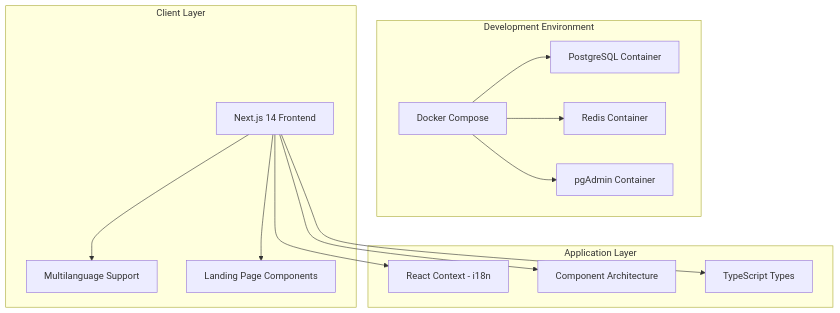
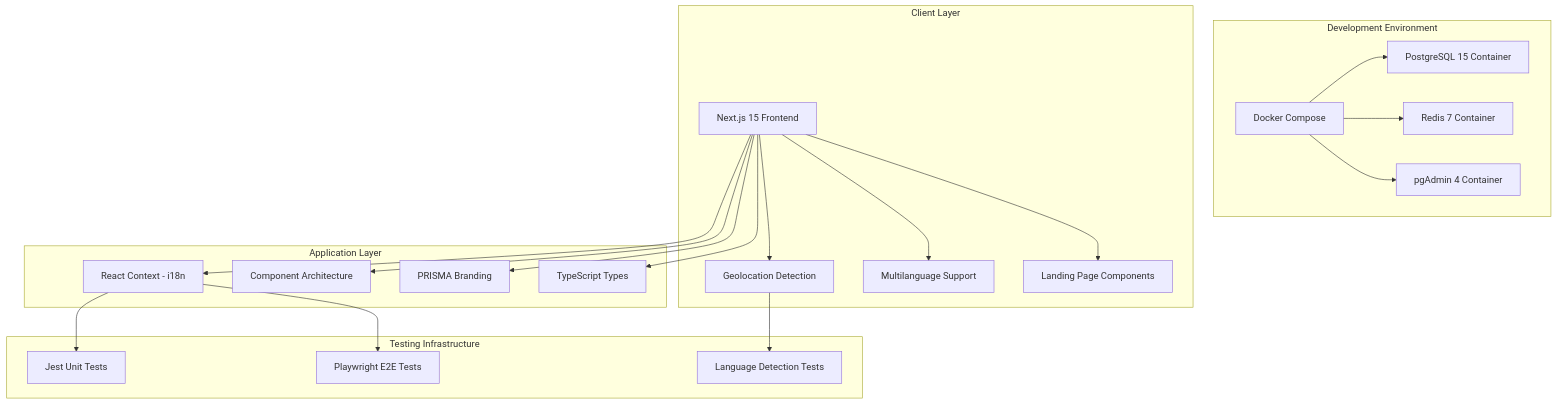
One commit to madfam-io/ai-portfolio-builder changed the first of 4 diagrams in docs/ARCHITECTURE.md. Above: the diagram before and after it, drawn with Mermaid. The commit also changed other lines of this file and 16 other files, not shown here.

First line of the commit message:
docs(prisma): comprehensive documentation update to v1.0.0 with enhanced testing coverage

````diff
--- a/docs/ARCHITECTURE.md
+++ b/docs/ARCHITECTURE.md
@@ -7,30 +11,43 @@
 ```mermaid
 graph TB
     subgraph "Development Environment"
         A[Docker Compose]
-        B[PostgreSQL Container]
-        C[Redis Container]
-        D[pgAdmin Container]
+        B[PostgreSQL 15 Container]
+        C[Redis 7 Container]
+        D[pgAdmin 4 Container]
     end
 
     subgraph "Client Layer"
-        E[Next.js 14 Frontend]
-        F[Multilanguage Support]
-        G[Landing Page Components]
+        E[Next.js 15 Frontend]
+        F[Geolocation Detection]
+        G[Multilanguage Support]
+        H[Landing Page Components]
     end
 
     subgraph "Application Layer"
-        H[React Context - i18n]
-        I[Component Architecture]
-        J[TypeScript Types]
+        I[React Context - i18n]
+        J[Component Architecture]
+        K[PRISMA Branding]
+        L[TypeScript Types]
+    end
+
+    subgraph "Testing Infrastructure"
+        M[Jest Unit Tests]
+        N[Playwright E2E Tests]
+        O[Language Detection Tests]
     end
 
     E --> F
     E --> G
     E --> H
     E --> I
     E --> J
+    E --> K
+    E --> L
+    I --> M
+    I --> N
+    F --> O
     A --> B
     A --> C
     A --> D
 ```
````
